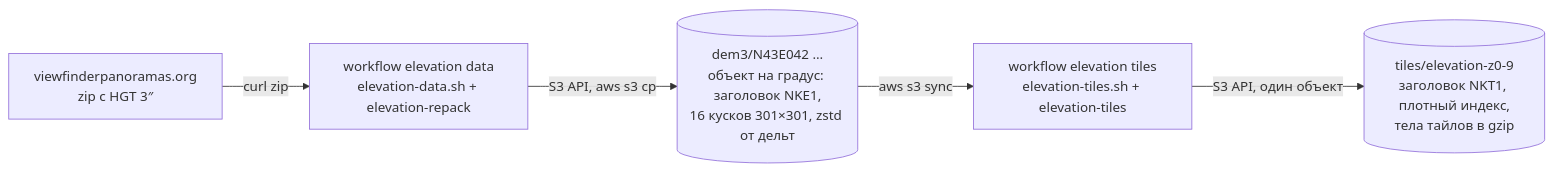
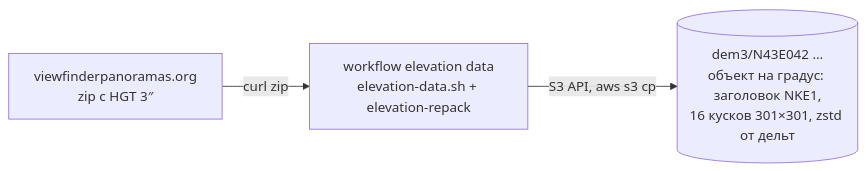
The second of 3 diagrams in docs/architecture/elevation.md (sergeycw/nakarte), drawn with Mermaid before and after one commit. The commit also changed other lines of this file and 10 other files, not shown here.

First line of the commit message:
describe workers without elevation tiles and old origins

````diff
--- a/docs/architecture/elevation.md
+++ b/docs/architecture/elevation.md
@@ -32,13 +30,9 @@
 ```mermaid
 flowchart LR
     vfp["viewfinderpanoramas.org<br/>zip с HGT 3″"]
     data["workflow elevation data<br/>elevation-data.sh + elevation-repack"]
     dem3[("dem3/N43E042 …<br/>объект на градус: заголовок NKE1,<br/>16 кусков 301×301, zstd от дельт")]
-    tilesjob["workflow elevation tiles<br/>elevation-tiles.sh + elevation-tiles"]
-    archive[("tiles/elevation-z0-9<br/>заголовок NKT1, плотный индекс,<br/>тела тайлов в gzip")]
 
     vfp -->|"curl zip"| data
     data -->|"S3 API, aws s3 cp"| dem3
-    dem3 -->|"aws s3 sync"| tilesjob
-    tilesjob -->|"S3 API, один объект"| archive
 ```
````
